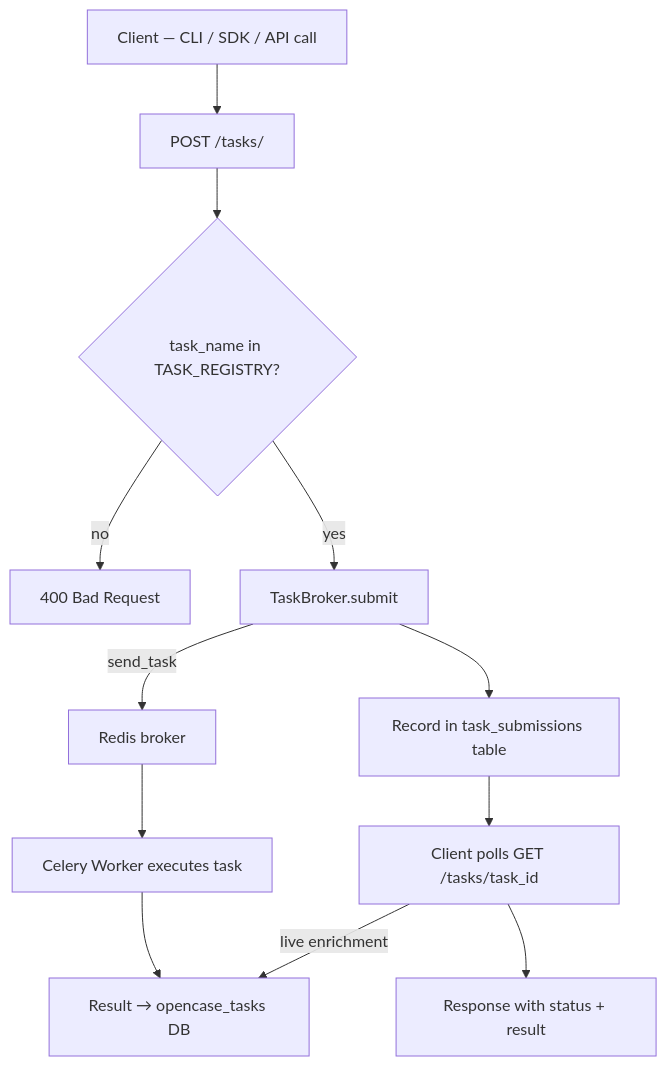
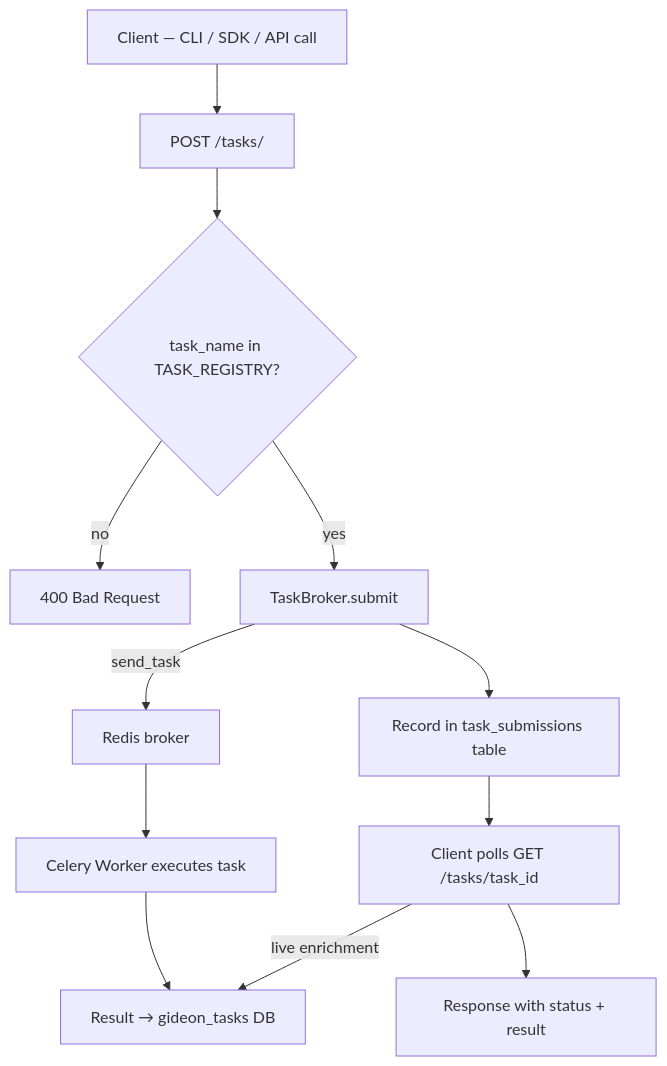
One commit to njrenaissance/opencase changed the third of 4 diagrams in docs/ARCHITECTURE.md. Above: the diagram before and after it, drawn with Mermaid. The commit also changed other lines of this file and 122 other files, not shown here.

First line of the commit message:
chore: rename opencase → gideon across all project files

````diff
--- a/docs/ARCHITECTURE.md
+++ b/docs/ARCHITECTURE.md
@@ -149,14 +149,14 @@
 ```mermaid
 flowchart TD
     A[Client — CLI / SDK / API call] --> B[POST /tasks/]
     B --> C{task_name in TASK_REGISTRY?}
     C -->|no| D[400 Bad Request]
     C -->|yes| E[TaskBroker.submit]
     E -->|send_task| F[Redis broker]
     E --> G[Record in task_submissions table]
     F --> H[Celery Worker executes task]
-    H --> I[Result → opencase_tasks DB]
+    H --> I[Result → gideon_tasks DB]
     G --> J[Client polls GET /tasks/task_id]
     J -->|live enrichment| I
     J --> K[Response with status + result]
 ```
````
